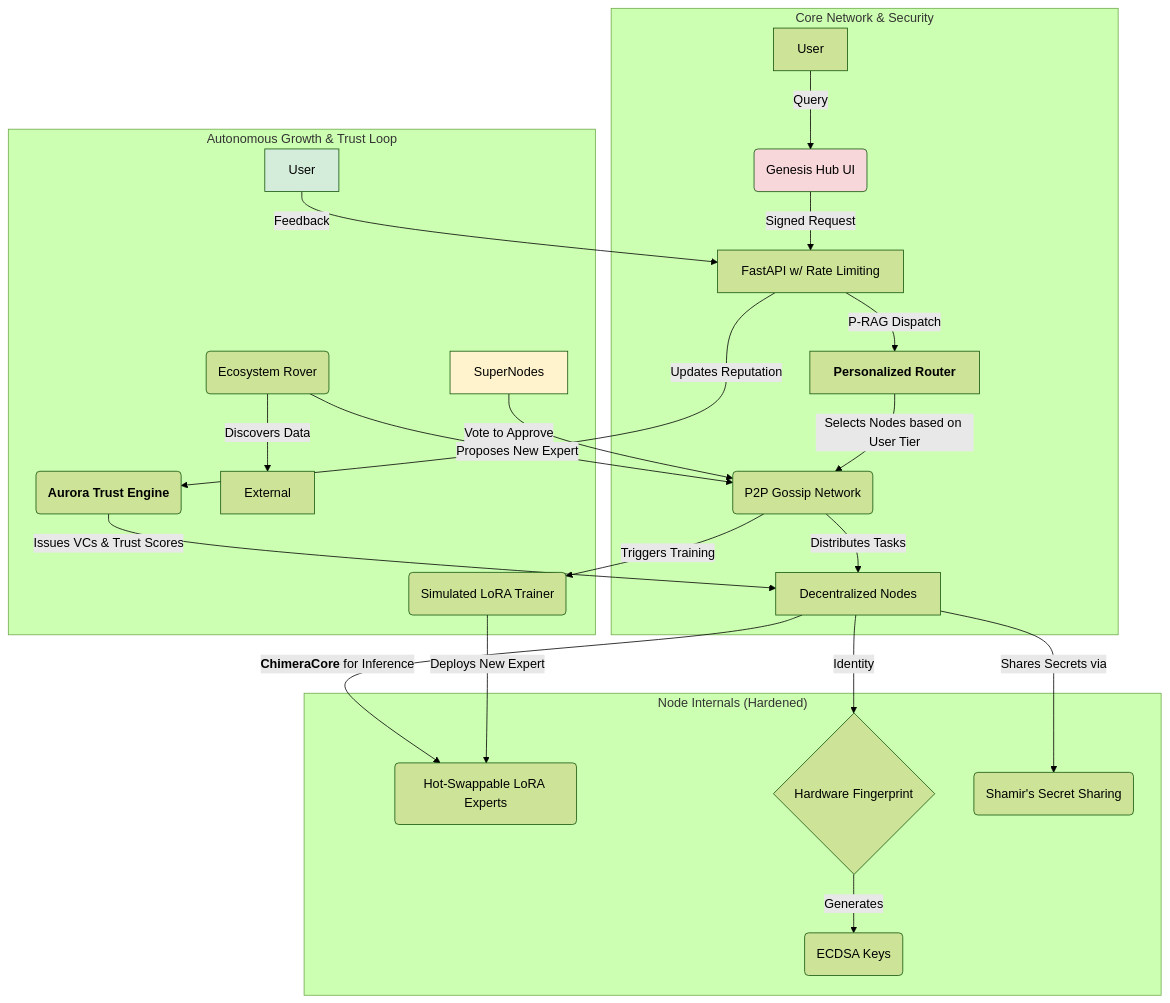
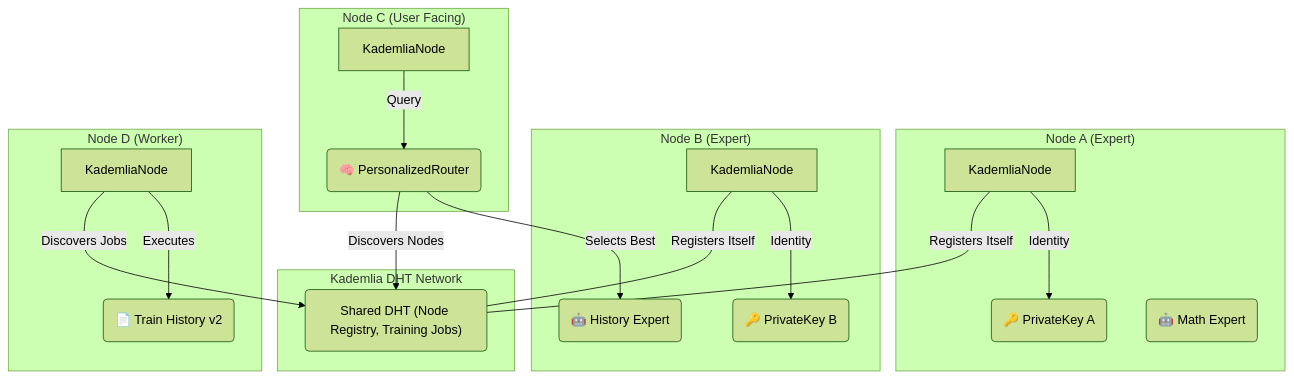
Before and after one commit to vandoanh1999/trustcert-ai-: the diagram in README.md, drawn with Mermaid (forest theme). The commit also changed other lines of this file, not shown here.

First line of the commit message:
docs: Finalize README for v9 architecture

````diff
--- a/README.md
+++ b/README.md
@@ -21,33 +43,29 @@
 ```mermaid
 graph TD
-    subgraph "Core Network & Security"
-        A[User] -- Query --> Hub(Genesis Hub UI);
-        Hub -- Signed Request --> API[FastAPI w/ Rate Limiting];
-        API -- P-RAG Dispatch --> Router[<B>Personalized Router</B>];
-        Router -- Selects Nodes based on User Tier --> P2P;
-        P2P(P2P Gossip Network);
-        P2P -- Distributes Tasks --> Nodes[Decentralized Nodes];
+    subgraph "Kademlia DHT Network"
+        DHT("Shared DHT (Node Registry, Training Jobs)")
     end
 
-    subgraph "Node Internals (Hardened)"
-        Nodes -- <B>ChimeraCore</B> for Inference --> LoRA(Hot-Swappable LoRA Experts);
-        Nodes -- Identity --> HWID{Hardware Fingerprint};
-        HWID -- Generates --> ECDSA(ECDSA Keys);
-        Nodes -- Shares Secrets via --> SSS(Shamir's Secret Sharing);
+    subgraph "Node A (Expert)"
+        A[KademliaNode] ---|Registers Itself| DHT;
+        A -- Identity --> KeyA(🔑 PrivateKey A);
+        ExpertA(🤖 Math Expert);
     end
 
-    subgraph "Autonomous Growth & Trust Loop"
-        User -- Feedback --> API;
-        API -- Updates Reputation --> Aurora(<B>Aurora Trust Engine</B>);
-        Aurora -- Issues VCs & Trust Scores --> Nodes;
-        Rover(Ecosystem Rover) -- Discovers Data --> External;
-        Rover -- Proposes New Expert --> P2P;
-        SuperNodes -- Vote to Approve --> P2P;
-        P2P -- Triggers Training --> Trainer(Simulated LoRA Trainer);
-        Trainer -- Deploys New Expert --> LoRA;
+    subgraph "Node B (Expert)"
+        B[KademliaNode] ---|Registers Itself| DHT;
+        B -- Identity --> KeyB(🔑 PrivateKey B);
+        ExpertB(🤖 History Expert);
     end
 
-    style User fill:#d4edda
-    style Hub fill:#f8d7da
-    style SuperNodes fill:#fff3cd
+    subgraph "Node C (User Facing)"
+        C[KademliaNode] -- Query --> Router;
+        Router(🧠 PersonalizedRouter) -- Discovers Nodes --> DHT;
+        Router -- Selects Best --> ExpertB;
+    end
+
+    subgraph "Node D (Worker)"
+        D[KademliaNode] -- Discovers Jobs --> DHT;
+        D -- Executes --> TrainingJob(📄 Train History v2);
+    end
 ```
````
